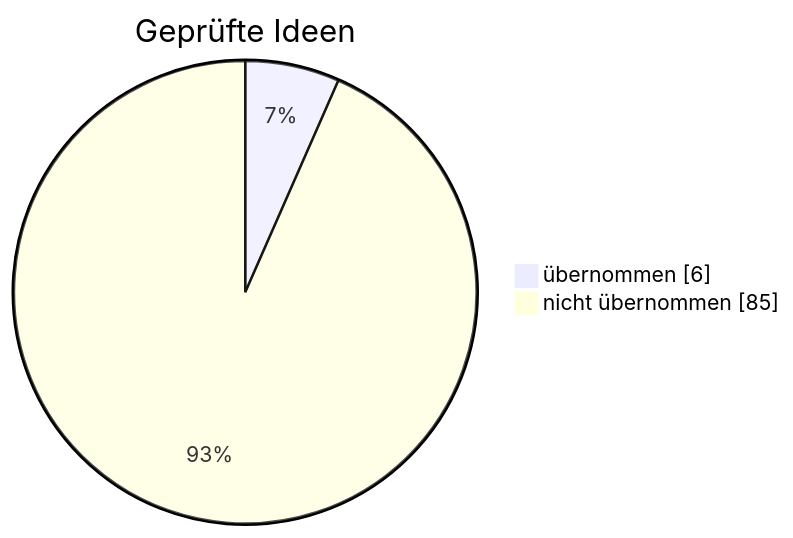
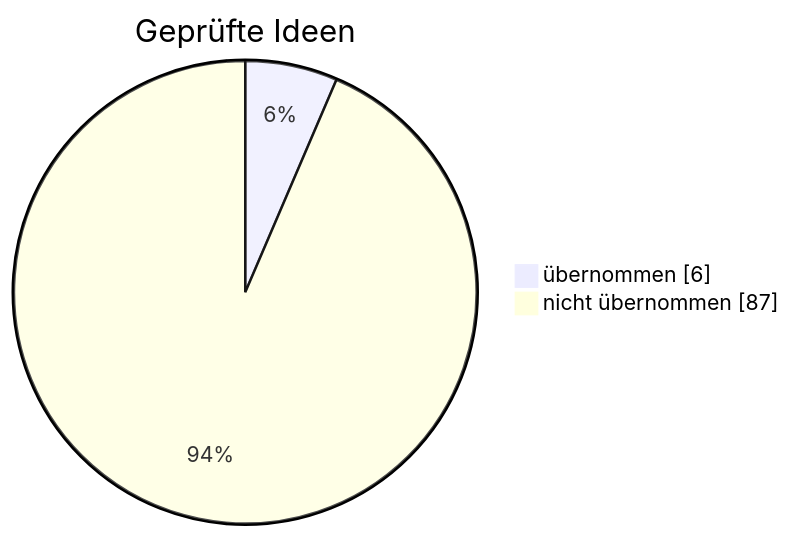
Before and after one commit to sickingmalte-arch/Test-Bot: the diagram in gehirn/Notizen/Was der Bot schon weiß.md, drawn with Mermaid. The commit also changed other lines of this file and 2 other files, not shown here.

First line of the commit message:
Forschung 27.11.: 52-Wochen-Hoch – nicht übernommen (Gehirn und README)

````diff
--- a/gehirn/Notizen/Was der Bot schon weiß.md
+++ b/gehirn/Notizen/Was der Bot schon weiß.md
@@ -22,6 +22,6 @@
 ```mermaid
 pie showData
     title Geprüfte Ideen
     "übernommen" : 6
-    "nicht übernommen" : 85
+    "nicht übernommen" : 87
 ```
````
